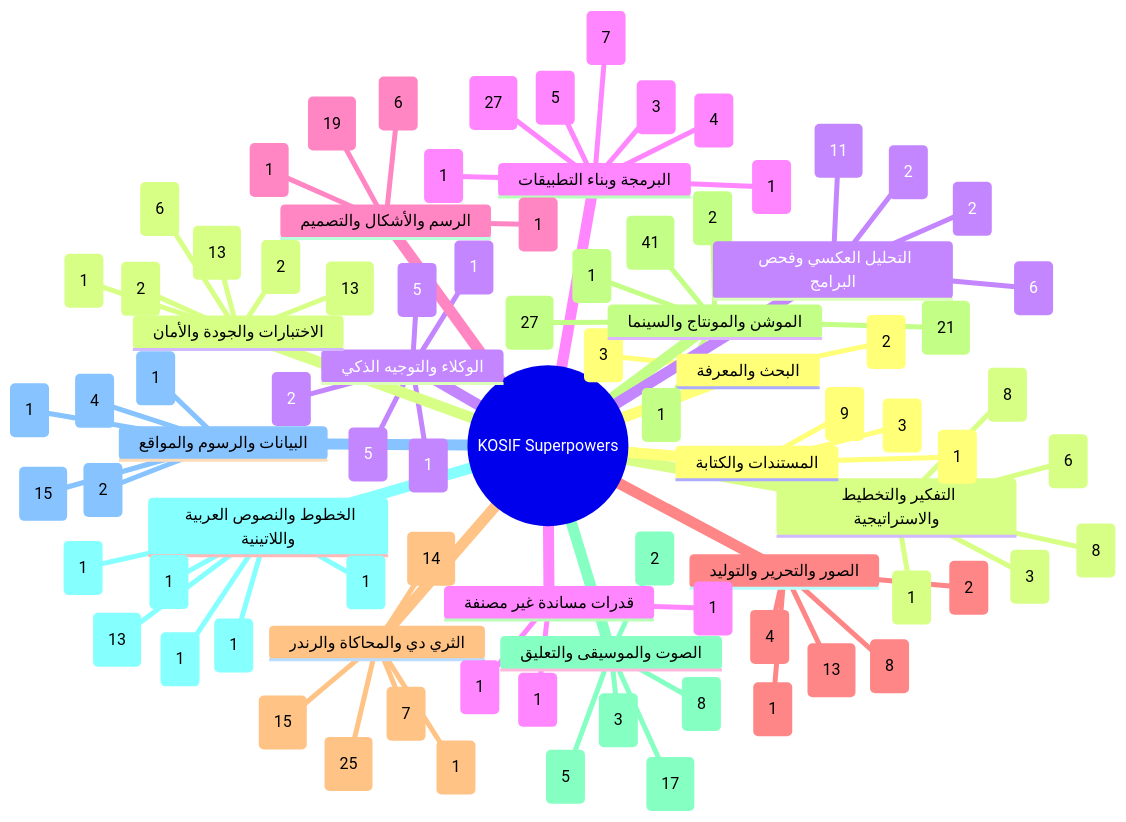
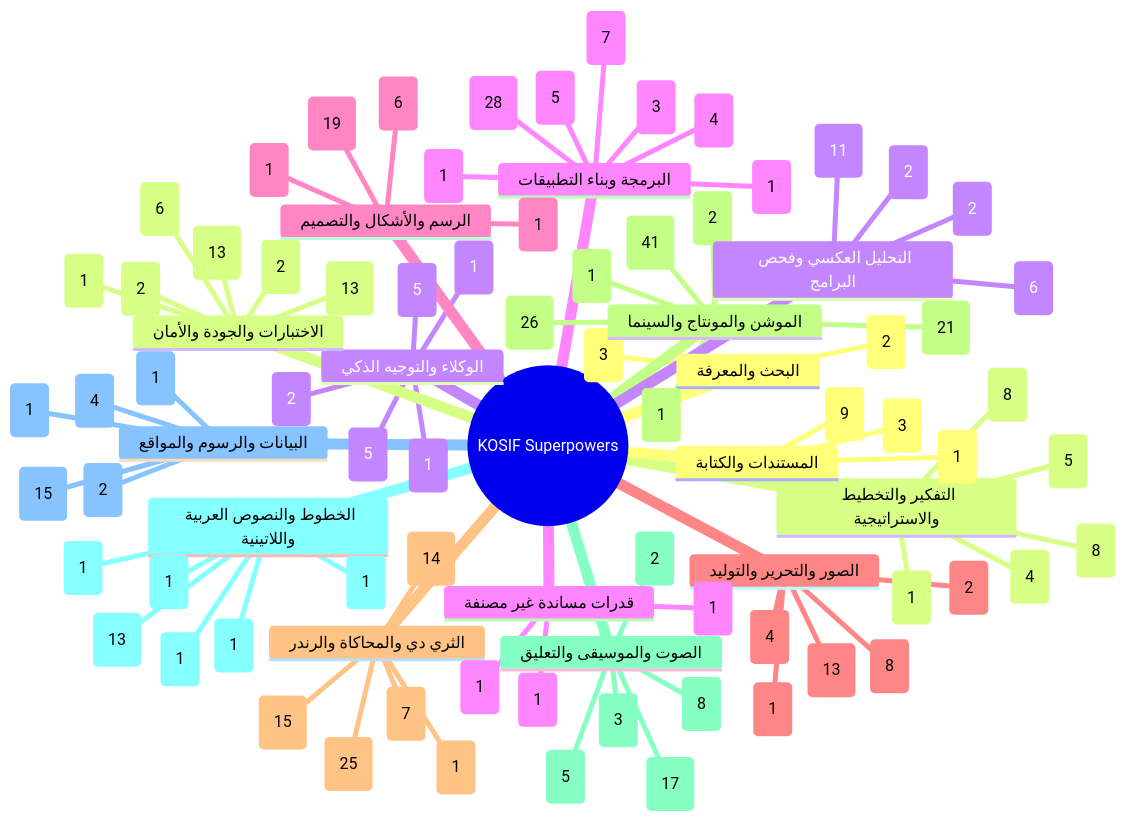
One commit to kosif199022-jpg/kosif-tool changed the first of 13 diagrams in .claude/skills/kosif-superpowers/references/capability-mindmap.md. Above: the diagram before and after it, drawn with Mermaid. The commit also changed other lines of this file and 51 other files, not shown here.

```diff
--- a/.claude/skills/kosif-superpowers/references/capability-mindmap.md
+++ b/.claude/skills/kosif-superpowers/references/capability-mindmap.md
@@ -33,11 +33,11 @@
       افهم المادة (3)
       اصنع (2)
     التفكير والتخطيط والاستراتيجية
-      افهم المادة (6)
+      افهم المادة (5)
       خطّط وقرّر (8)
       اصنع (8)
       جمّع وارندر (1)
-      تحقّق (3)
+      تحقّق (4)
     الوكلاء والتوجيه الذكي
       افهم المادة (5)
       خطّط وقرّر (2)
@@ -47,7 +47,7 @@
     البرمجة وبناء التطبيقات
       افهم المادة (7)
       خطّط وقرّر (4)
-      اصنع (27)
+      اصنع (28)
       حسّن واصقل (1)
       جمّع وارندر (3)
       تحقّق (5)
@@ -73,7 +73,7 @@
       افهم المادة (1)
       خطّط وقرّر (21)
       اصنع (41)
-      حسّن واصقل (27)
+      حسّن واصقل (26)
       جمّع وارندر (1)
       سلّم وانشر (2)
     الصوت والموسيقى والتعليق
```
